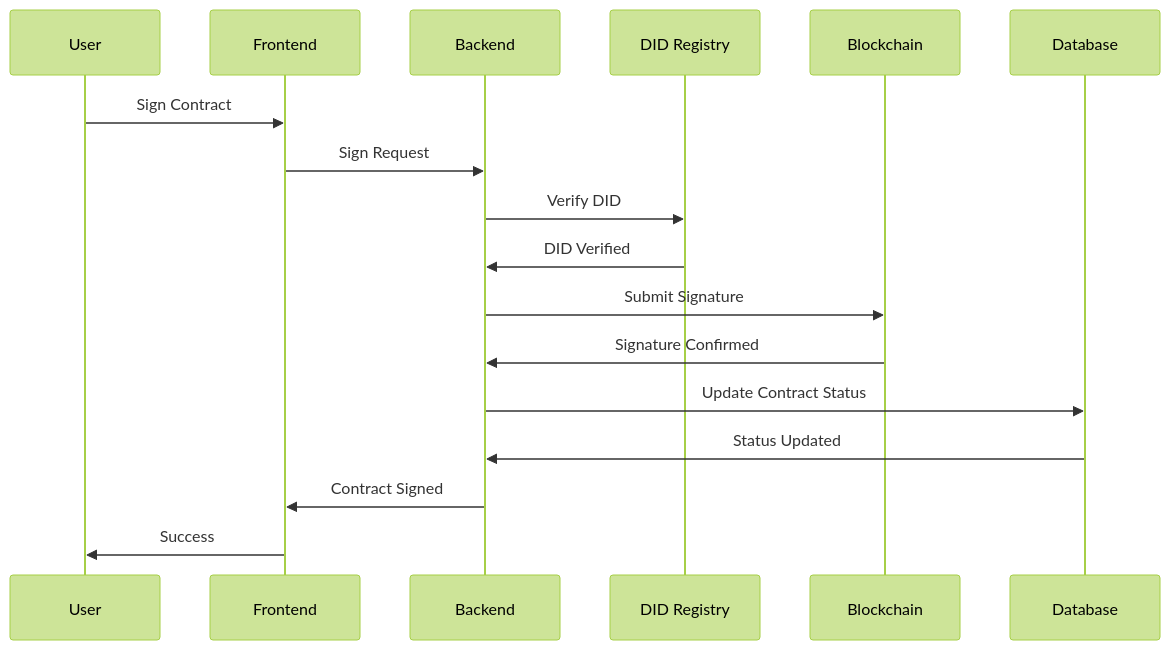
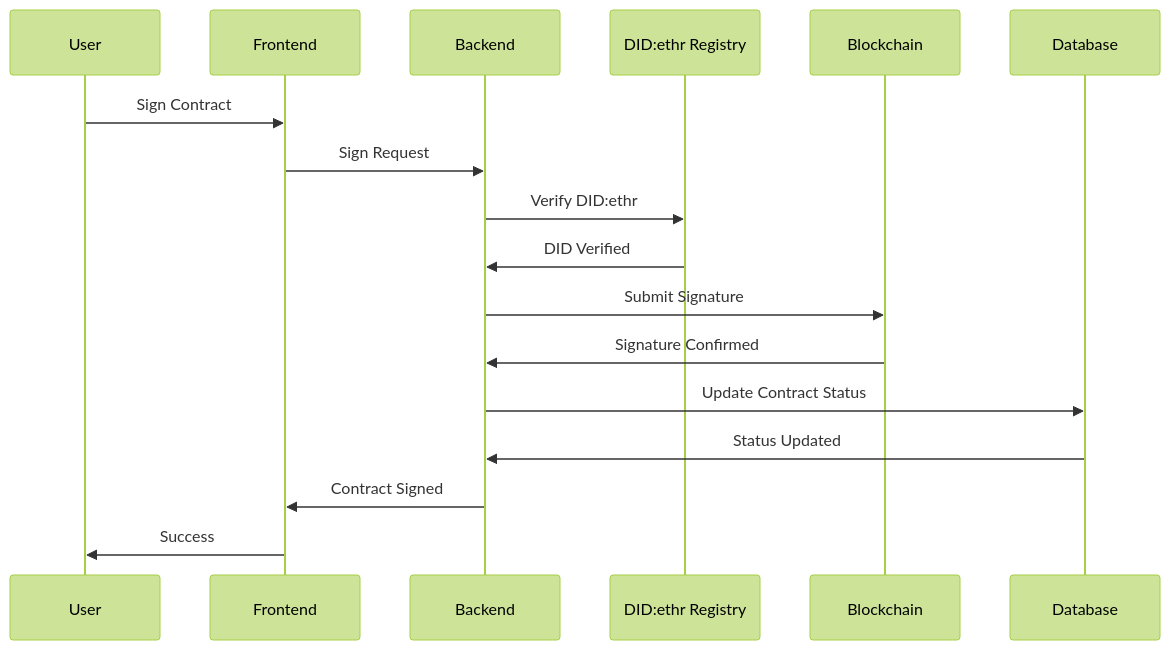
Diagram 15 of 25 in ARCHITECTURE_GUIDE.md (gitmujoshi/Confidential-AI-Network), drawn with Mermaid (forest theme) before and after one commit. The commit also changed other lines of this file and 18 other files, not shown here.

Commit message:
docs: update all architecture and IAM docs for enterprise did:web strategy, add enterprise implementation guide

````diff
--- a/ARCHITECTURE_GUIDE.md
+++ b/ARCHITECTURE_GUIDE.md
@@ -400,20 +636,20 @@
 ```mermaid
 sequenceDiagram
     participant U as User
     participant F as Frontend
     participant B as Backend
-    participant DID as DID Registry
+    participant DID_ETHR as DID:ethr Registry
     participant BC as Blockchain
     participant DB as Database
     
     U->>F: Sign Contract
     F->>B: Sign Request
-    B->>DID: Verify DID
-    DID->>B: DID Verified
+    B->>DID_ETHR: Verify DID:ethr
+    DID_ETHR->>B: DID Verified
     B->>BC: Submit Signature
     BC->>B: Signature Confirmed
     B->>DB: Update Contract Status
     DB->>B: Status Updated
     B->>F: Contract Signed
     F->>U: Success
 ```
````
